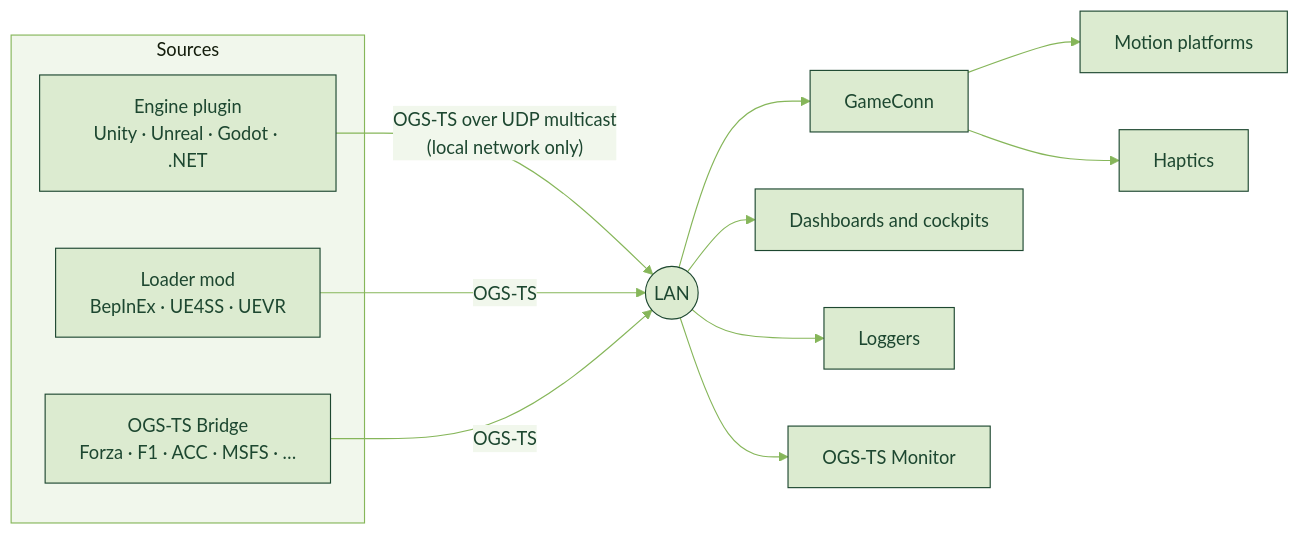
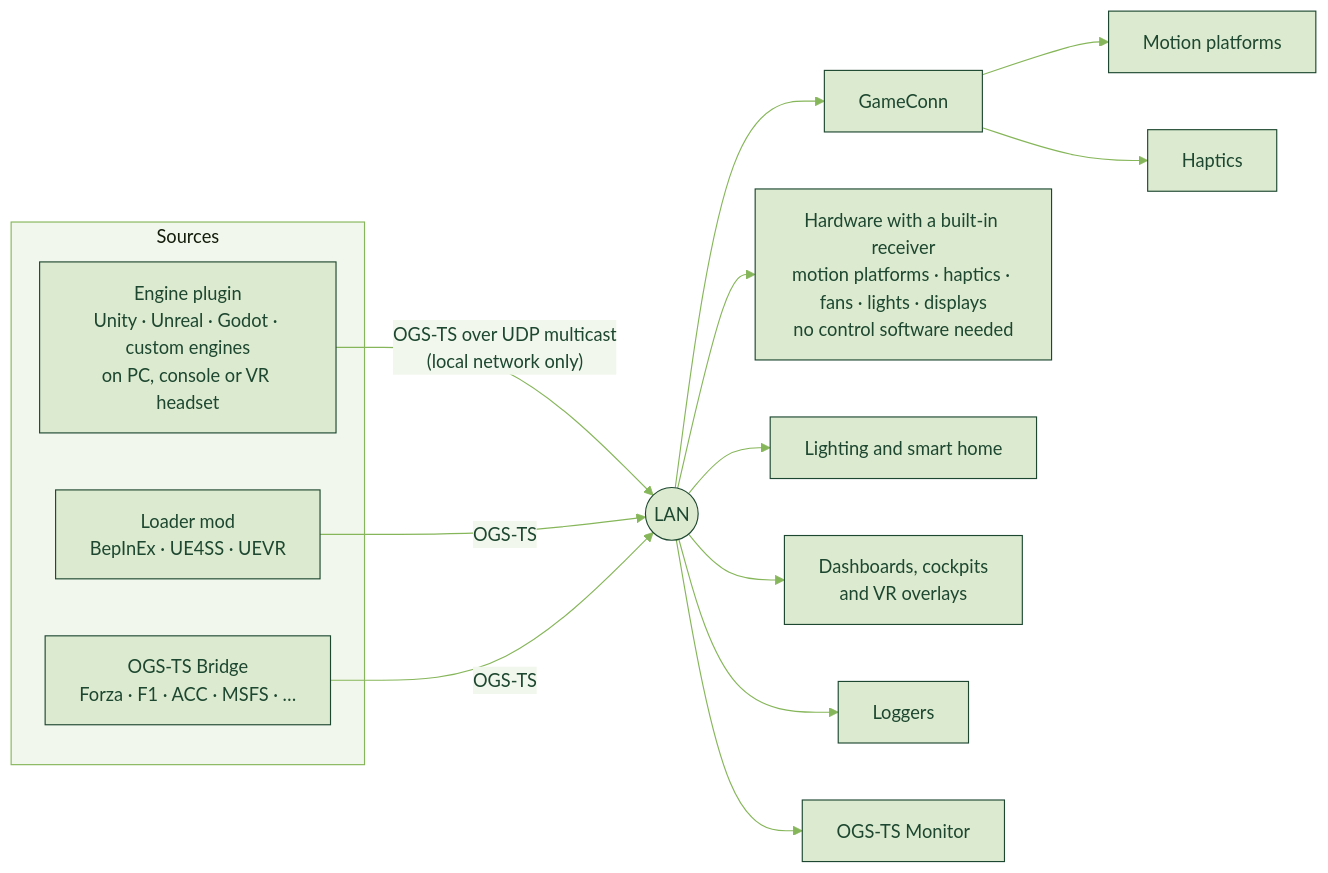
Before and after one commit to Open-Game-Standards-Alliance/.github: the diagram in profile/README.md, drawn with Mermaid. The commit also changed other lines of this file, not shown here.

Commit message:
Profile: add OGS-TS usage scenarios and update the diagram

````diff
--- a/profile/README.md
+++ b/profile/README.md
@@ -69,18 +69,20 @@
 ```mermaid
 %%{init: {'theme': 'base', 'themeVariables': {'primaryColor': '#dcebd0', 'primaryTextColor': '#1d4730', 'primaryBorderColor': '#1d4730', 'lineColor': '#86b65a', 'clusterBkg': '#f1f7ec', 'clusterBorder': '#86b65a', 'edgeLabelBackground': '#f1f7ec'}}}%%
 flowchart LR
     subgraph sources["Sources"]
-        P["Engine plugin<br/>Unity · Unreal · Godot · .NET"]
+        P["Engine plugin<br/>Unity · Unreal · Godot · custom engines<br/>on PC, console or VR headset"]
         M["Loader mod<br/>BepInEx · UE4SS · UEVR"]
         B["OGS-TS Bridge<br/>Forza · F1 · ACC · MSFS · …"]
     end
     P -- "OGS-TS over UDP multicast<br/>(local network only)" --> L(("LAN"))
     M -- "OGS-TS" --> L
     B -- "OGS-TS" --> L
     L --> C["GameConn"]
     C --> R["Motion platforms"]
     C --> H["Haptics"]
-    L --> D["Dashboards and cockpits"]
+    L --> DEV["Hardware with a built-in receiver<br/>motion platforms · haptics · fans · lights · displays<br/>no control software needed"]
+    L --> LIT["Lighting and smart home"]
+    L --> D["Dashboards, cockpits<br/>and VR overlays"]
     L --> G["Loggers"]
     L --> MON["OGS-TS Monitor"]
 ```
````
